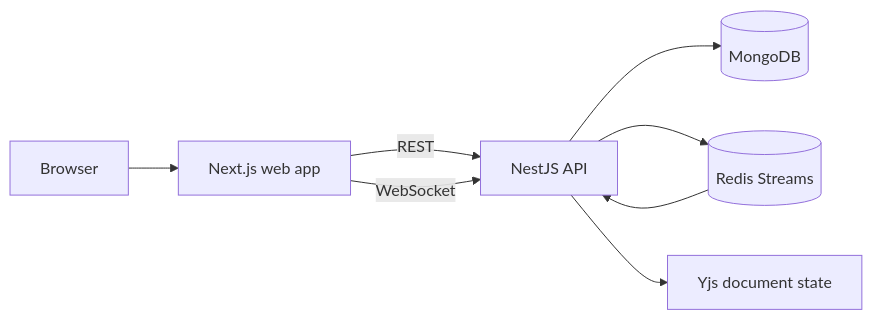
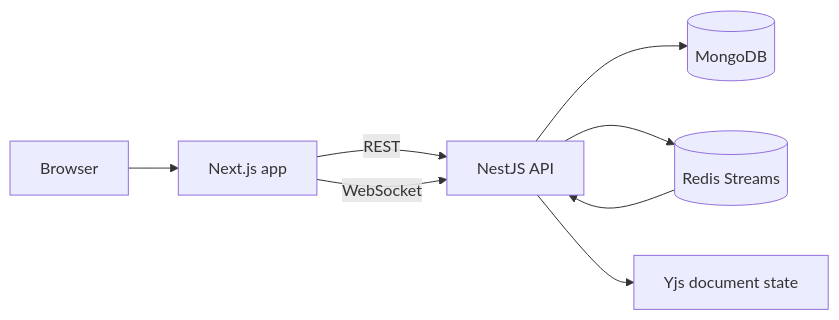
One commit to sushildalavi/SyncSpace changed the first of 2 diagrams in README.md. Above: the diagram before and after it, drawn with Mermaid. The commit also changed other lines of this file, not shown here.

````diff
--- a/README.md
+++ b/README.md
@@ -16,10 +24,10 @@
 ```mermaid
 flowchart LR
-  Browser["Browser"] --> Web["Next.js web app"]
+  Browser["Browser"] --> Web["Next.js app"]
   Web -->|REST| API["NestJS API"]
   Web -->|WebSocket| API
   API --> Mongo[(MongoDB)]
   API --> Redis[(Redis Streams)]
   API --> Yjs["Yjs document state"]
   Redis --> API
 ```
````
